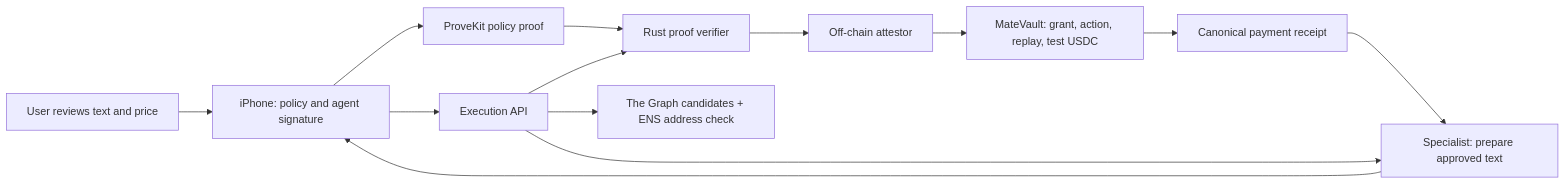
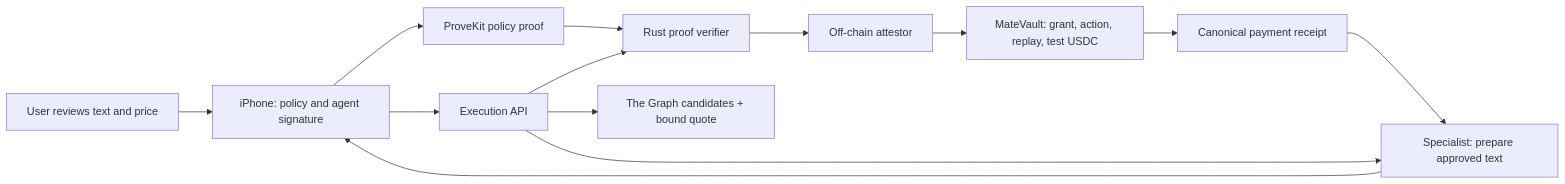
The diagram in README.md (susumutomita/ZeroKeyMate), drawn with Mermaid before and after one commit. The commit also changed other lines of this file and 34 other files, not shown here.

````diff
--- a/README.md
+++ b/README.md
@@ -161,15 +162,15 @@
 ```mermaid
 flowchart LR
     U[User reviews text and price] --> I[iPhone: policy and agent signature]
     I --> P[ProveKit policy proof]
     I --> A[Execution API]
     P --> V[Rust proof verifier]
     A --> V
-    A --> D[The Graph candidates + ENS address check]
+    A --> D[The Graph candidates + bound quote]
     V --> T[Off-chain attestor]
     T --> C[MateVault: grant, action, replay, test USDC]
     A --> S[Specialist: prepare approved text]
     C --> R[Canonical payment receipt]
     R --> S
     S --> I
 ```
````
